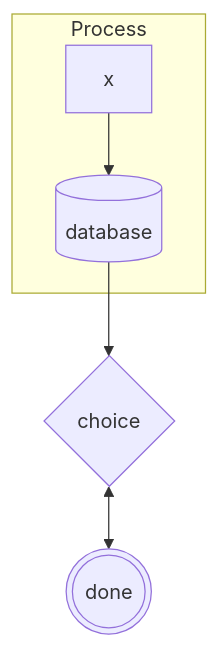
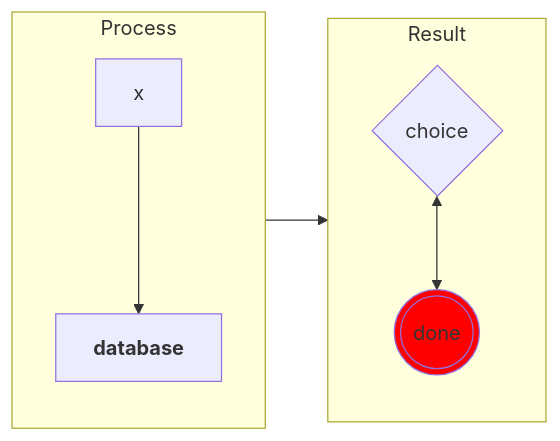
Before and after one commit to unexge/mdr: the first of 2 diagrams in bombadil/fixture.md, drawn with Mermaid. The commit also changed 5 other files, not shown here.

First line of the commit message:
feat: Complete terminal Mermaid flowcharts

````diff
--- a/bombadil/fixture.md
+++ b/bombadil/fixture.md
@@ -47,8 +47,12 @@
 ```mermaid
-graph TD
+flowchart LR
 subgraph process [Process]
-A["x"] --> B[(database)]
+direction TB
+A["x"] e1@---> B["`**database**`"]
 end
-B --> C{choice}
-C <--> D(((done)))
+subgraph result [Result]
+C{choice} <--> D(((done))):::terminal
+end
+process --> result
+classDef terminal fill:red
 ```
````
